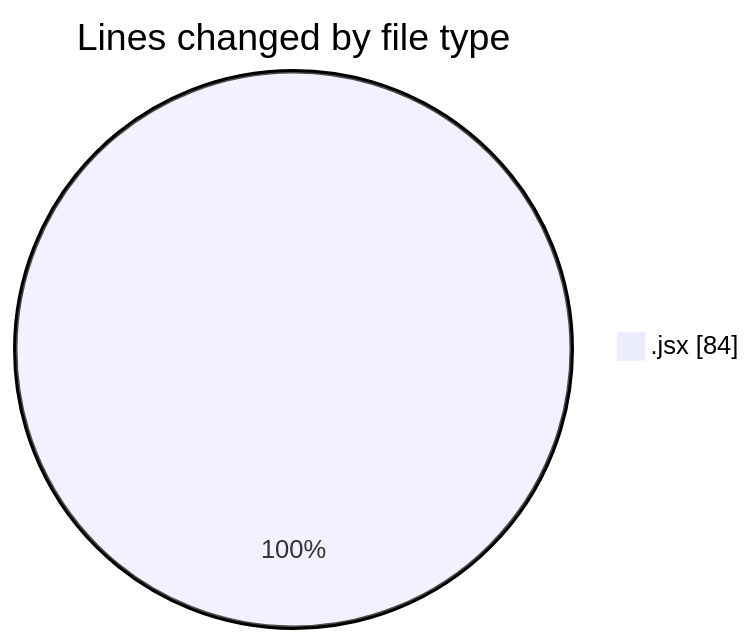
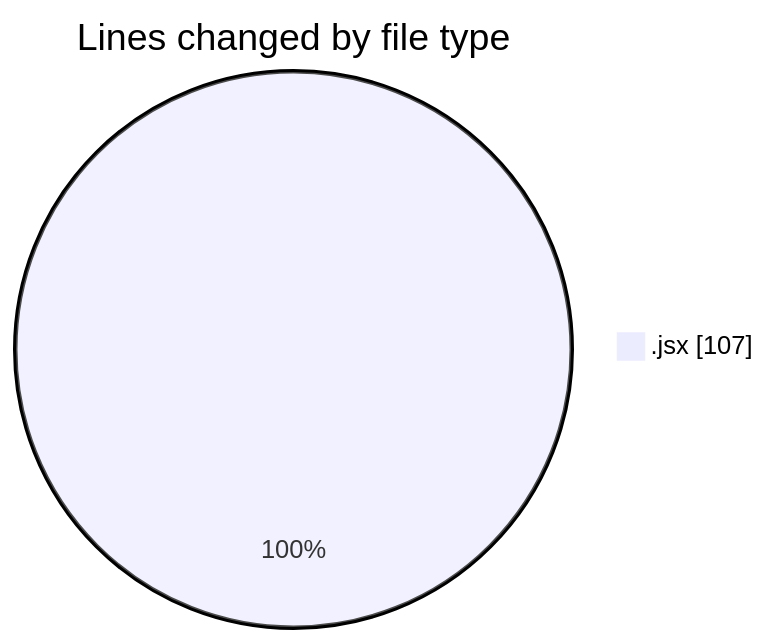
The first of 2 diagrams in 2026-02-12/cda/README.md (momahboobian/code-tracking), drawn with Mermaid before and after one commit. The commit also changed other lines of this file and 1 other file, not shown here.

````diff
--- a/2026-02-12/cda/README.md
+++ b/2026-02-12/cda/README.md
@@ -20,5 +21,5 @@
 ```mermaid
 pie showData
 title Lines changed by file type
-".jsx" : 84
+".jsx" : 107
 ```
````
